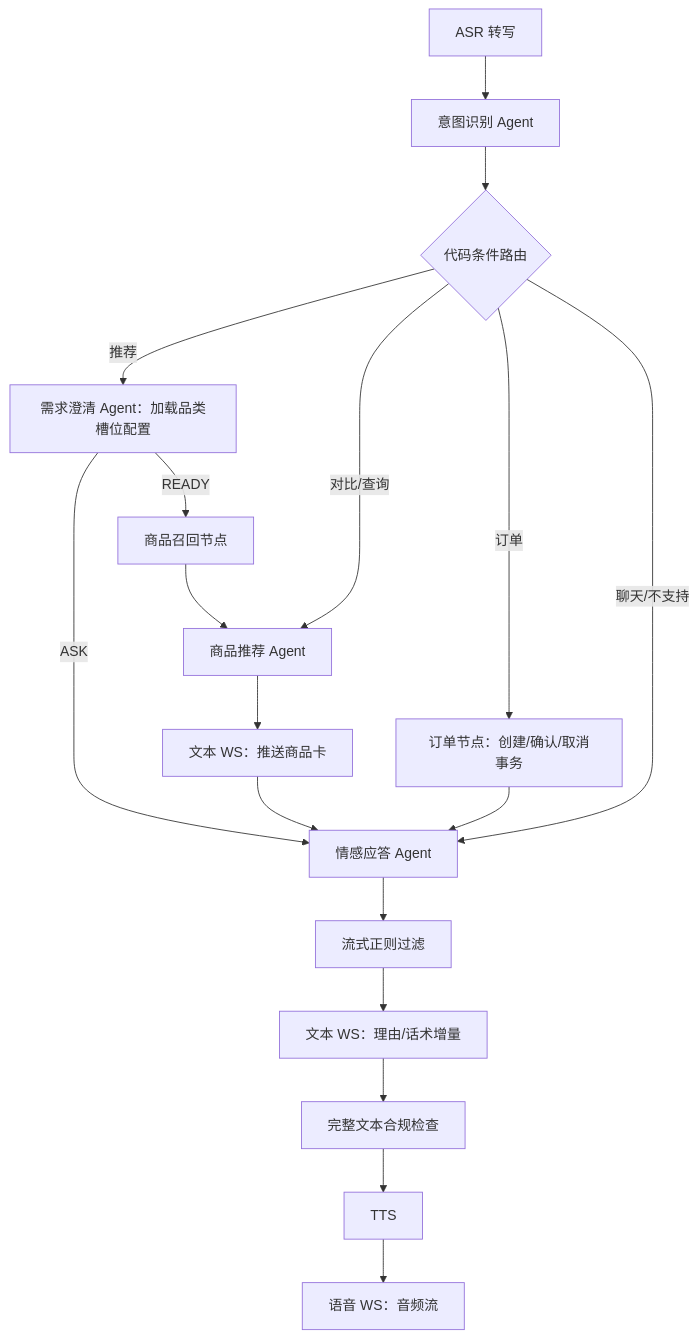
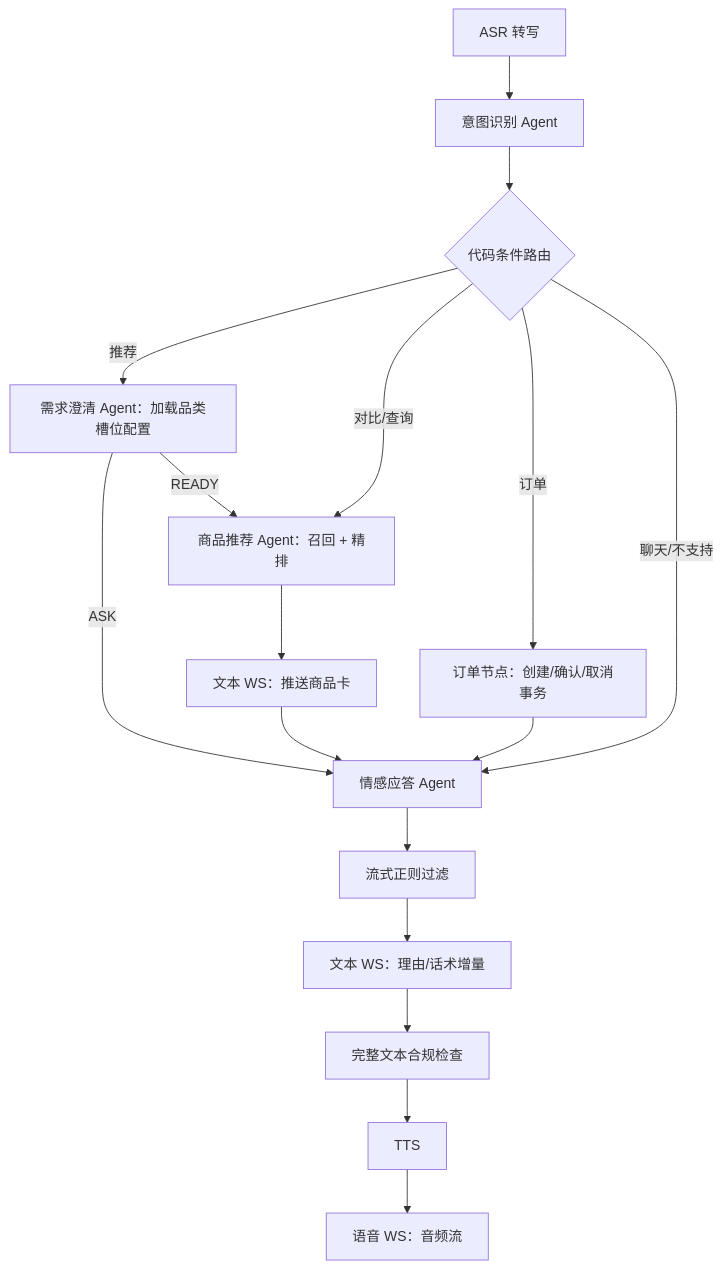
One commit to ivaris03/voice-shopping-agents changed the second of 3 diagrams in docs/architecture.md. Above: the diagram before and after it, drawn with Mermaid. The commit also changed 7 other files, not shown here.

````diff
--- a/docs/architecture.md
+++ b/docs/architecture.md
@@ -79,20 +79,19 @@
 ```mermaid
 flowchart TD
     ASR["ASR 转写"] --> I["意图识别 Agent"]
     I --> R{"代码条件路由"}
     R -->|推荐| C["需求澄清 Agent：加载品类槽位配置"]
     C -->|ASK| E["情感应答 Agent"]
-    C -->|READY| G["商品召回节点"]
-    G --> P["商品推荐 Agent"]
+    C -->|READY| P["商品推荐 Agent：召回 + 精排"]
     R -->|对比/查询| P
     R -->|订单| O["订单节点：创建/确认/取消事务"]
     R -->|聊天/不支持| E
     P --> W["文本 WS：推送商品卡"]
     W --> E
     O --> E
     E --> F["流式正则过滤"]
     F --> T["文本 WS：理由/话术增量"]
     T --> K["完整文本合规检查"]
     K --> S["TTS"]
     S --> A["语音 WS：音频流"]
 ```
````
